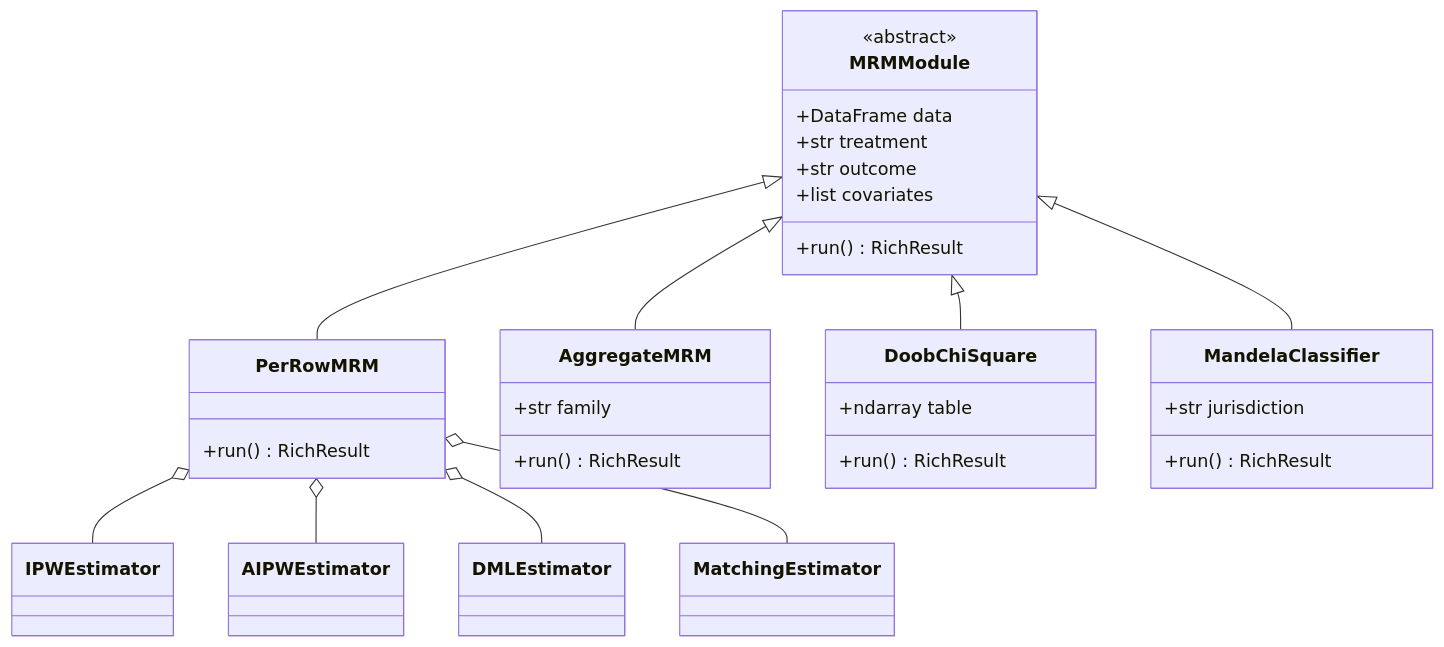
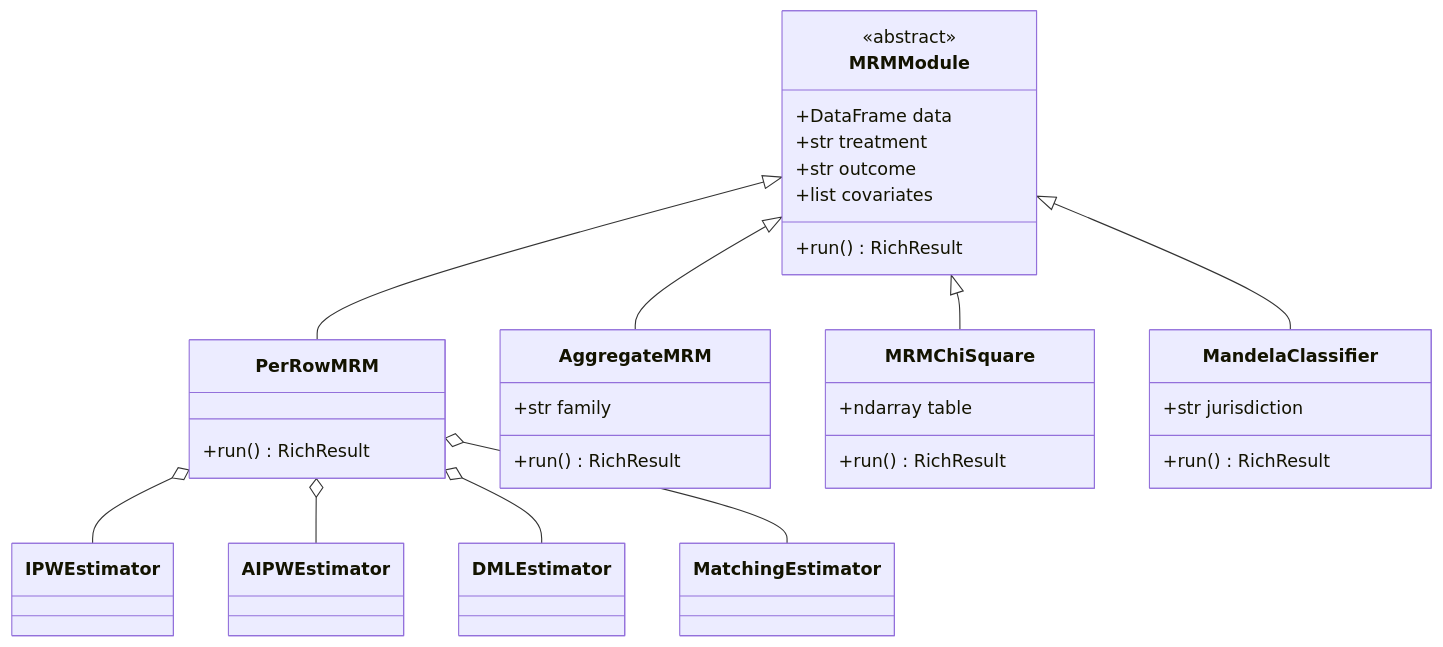
Before and after one commit to rootcoder007/morie: the third of 3 diagrams in docs/source/architecture.md, drawn with Mermaid. The commit also changed 10 other files, not shown here.

````diff
--- a/docs/source/architecture.md
+++ b/docs/source/architecture.md
@@ -122,37 +122,37 @@
 ```{mermaid}
 classDiagram
   class MRMModule {
     <<abstract>>
     +DataFrame data
     +str treatment
     +str outcome
     +list covariates
     +run() RichResult
   }
 
   class PerRowMRM {
     +run() RichResult
   }
   class AggregateMRM {
     +str family
     +run() RichResult
   }
-  class DoobChiSquare {
+  class MRMChiSquare {
     +ndarray table
     +run() RichResult
   }
   class MandelaClassifier {
     +str jurisdiction
     +run() RichResult
   }
 
   MRMModule <|-- PerRowMRM
   MRMModule <|-- AggregateMRM
-  MRMModule <|-- DoobChiSquare
+  MRMModule <|-- MRMChiSquare
   MRMModule <|-- MandelaClassifier
 
   PerRowMRM o-- IPWEstimator
   PerRowMRM o-- AIPWEstimator
   PerRowMRM o-- DMLEstimator
   PerRowMRM o-- MatchingEstimator
 ```
````
